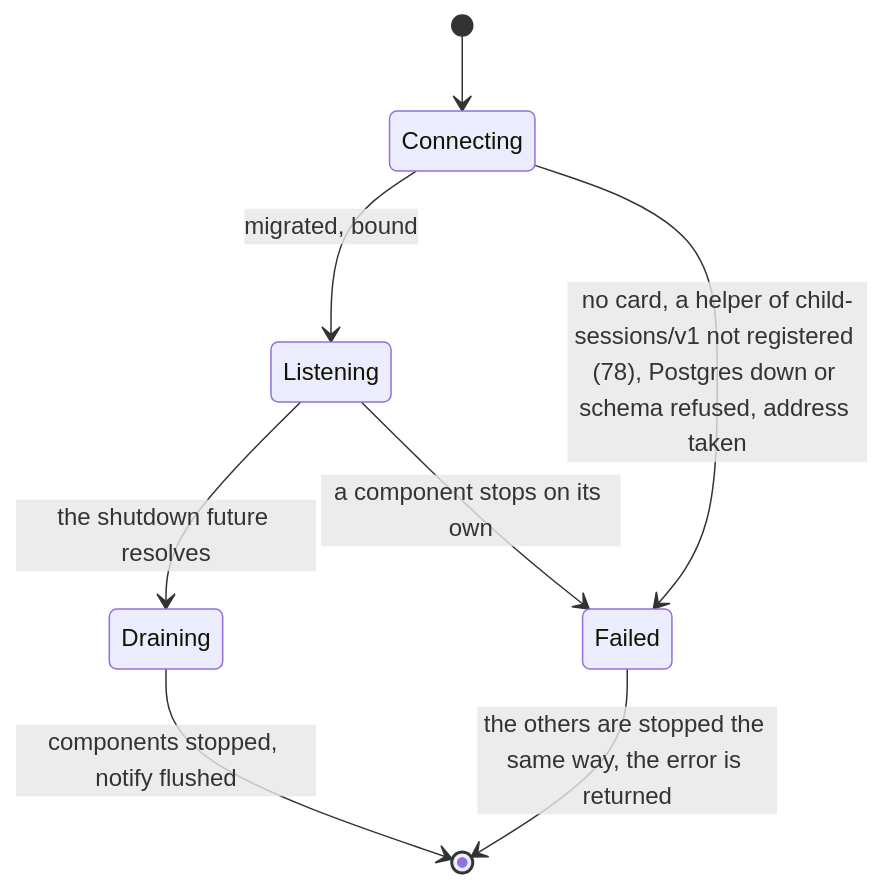
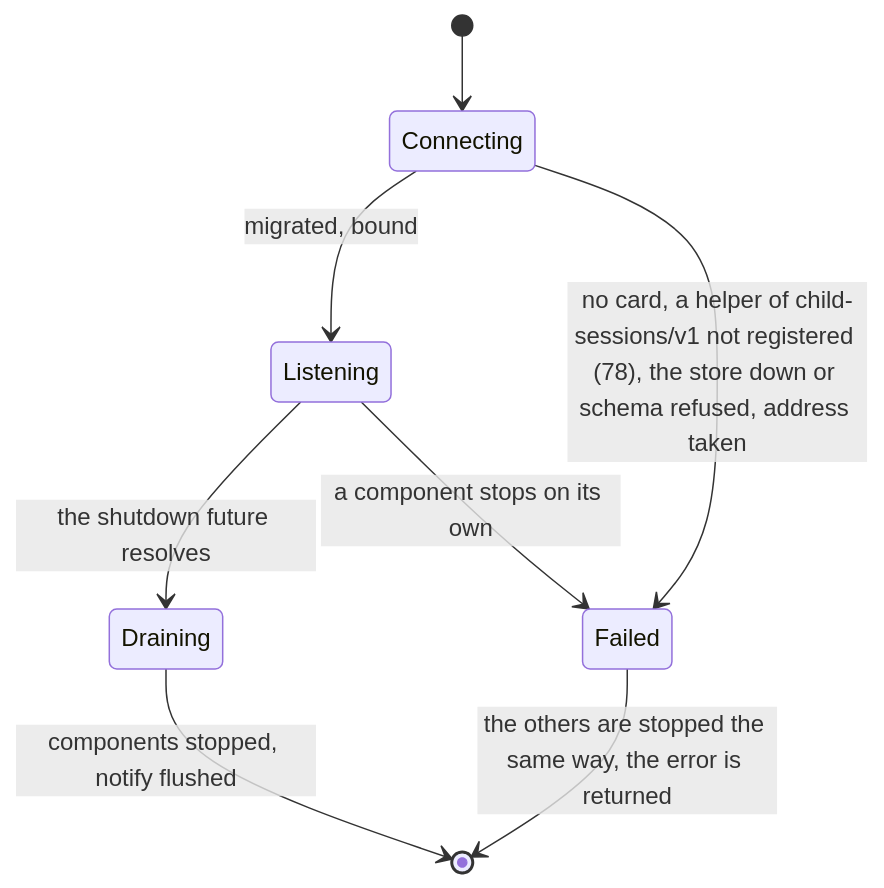
The third of 3 diagrams in crates/adam-service/README.md (vymalo/another-adam-rs), drawn with Mermaid before and after one commit. The commit also changed other lines of this file and 26 other files, not shown here.

````diff
--- a/crates/adam-service/README.md
+++ b/crates/adam-service/README.md
@@ -107,10 +108,10 @@
 ```mermaid
 stateDiagram-v2
   [*] --> Connecting
   Connecting --> Listening: migrated, bound
-  Connecting --> Failed: no card, a helper of child-sessions/v1 not registered (78), Postgres down or schema refused, address taken
+  Connecting --> Failed: no card, a helper of child-sessions/v1 not registered (78), the store down or schema refused, address taken
   Listening --> Draining: the shutdown future resolves
   Listening --> Failed: a component stops on its own
   Draining --> [*]: components stopped, notify flushed
   Failed --> [*]: the others are stopped the same way, the error is returned
 ```
````
